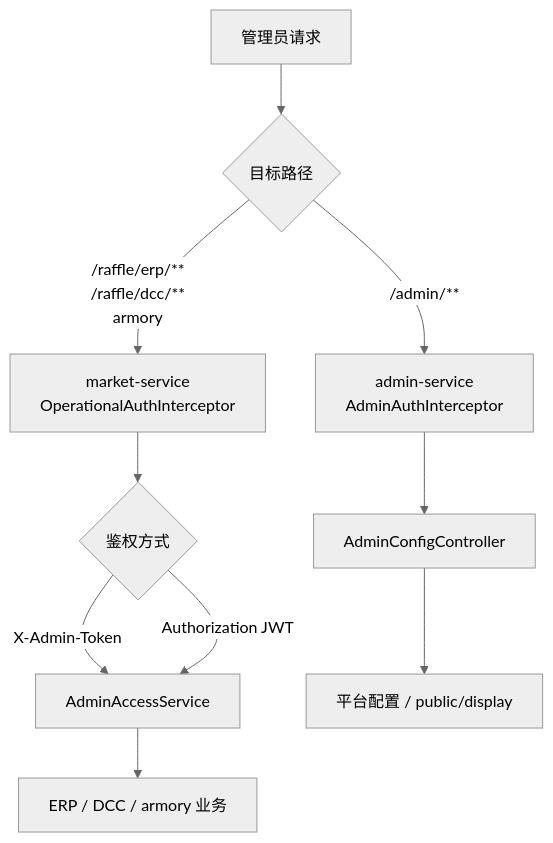
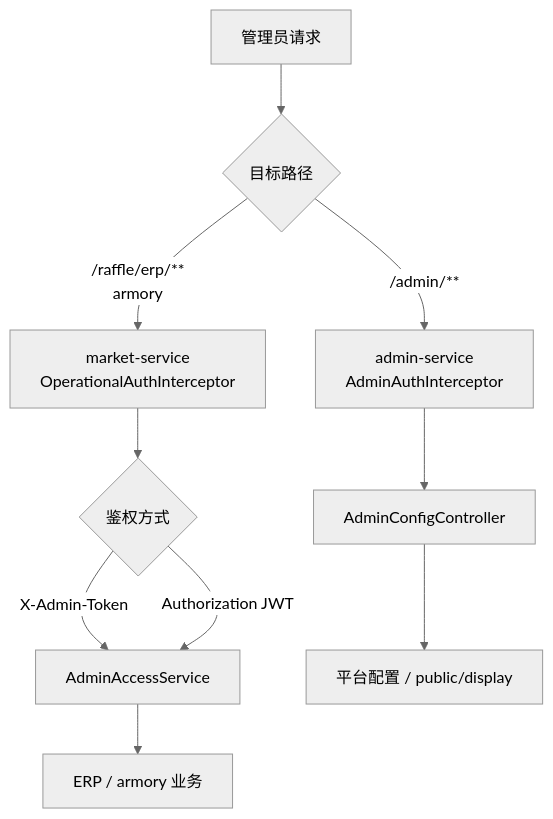
The tenth of 10 diagrams in docs/learning/01-url-request-flows.md (dyxnb22/big-market-ai-platform), drawn with Mermaid (neutral theme) before and after one commit. The commit also changed other lines of this file and 110 other files, not shown here.

Commit message:
Refactor platform services and streamline architecture

````diff
--- a/docs/learning/01-url-request-flows.md
+++ b/docs/learning/01-url-request-flows.md
@@ -260,12 +259,12 @@
 ```mermaid
 flowchart TD
     A["管理员请求"] --> B{"目标路径"}
     B -->|/admin/**| C["admin-service\nAdminAuthInterceptor"]
-    B -->|/raffle/erp/**\n/raffle/dcc/**\narmory| D["market-service\nOperationalAuthInterceptor"]
+    B -->|/raffle/erp/**\narmory| D["market-service\nOperationalAuthInterceptor"]
     C --> E["AdminConfigController"]
     D --> F{"鉴权方式"}
     F -->|X-Admin-Token| G["AdminAccessService"]
     F -->|Authorization JWT| G
-    G --> H["ERP / DCC / armory 业务"]
+    G --> H["ERP / armory 业务"]
     E --> I["平台配置 / public/display"]
 ```
````
